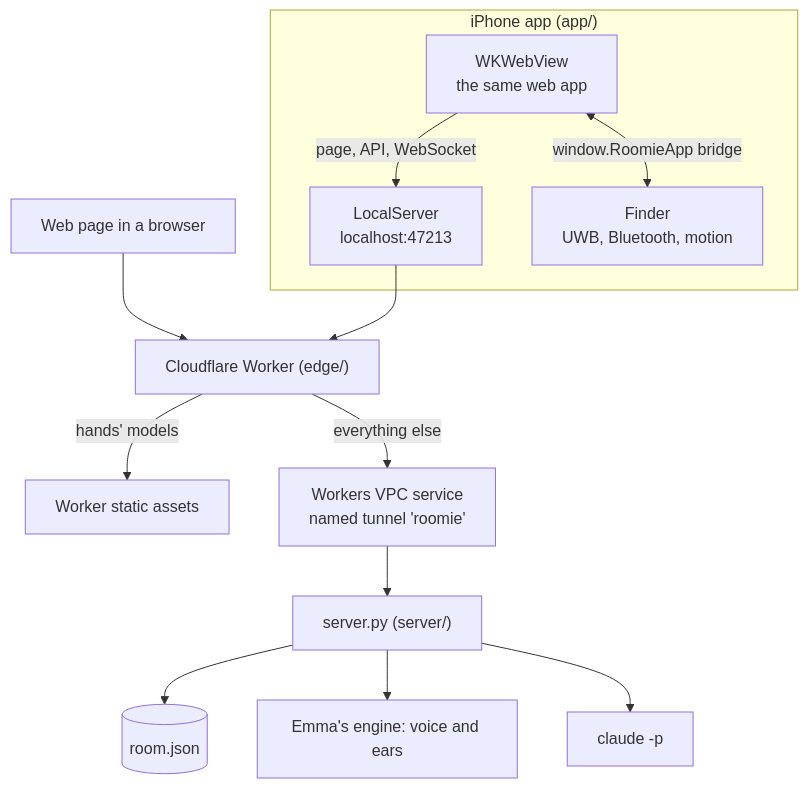
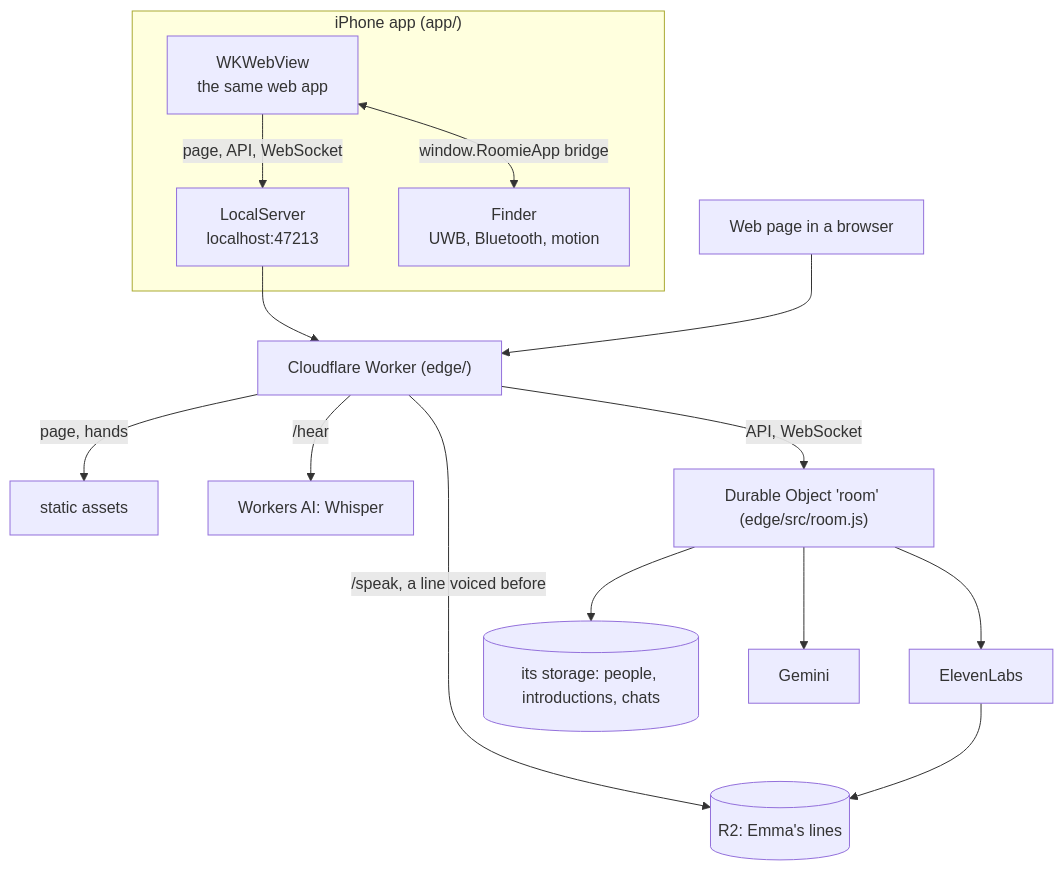
The diagram in docs/architecture.md (xgre1/pairshake), drawn with Mermaid before and after one commit. The commit also changed other lines of this file and 19 other files, not shown here.

First line of the commit message:
Tab bar, rubber-band scrolling, simpler first page; the server moves to Cloudflare

````diff
--- a/docs/architecture.md
+++ b/docs/architecture.md
@@ -5,18 +5,20 @@
 ```mermaid
 flowchart TB
   subgraph Phone["iPhone app (app/)"]
     WV["WKWebView<br/>the same web app"]
     LS["LocalServer<br/>localhost:47213"]
     F["Finder<br/>UWB, Bluetooth, motion"]
     WV -- "page, API, WebSocket" --> LS
     WV <-- "window.RoomieApp bridge" --> F
   end
   Browser["Web page in a browser"] --> W
   LS --> W["Cloudflare Worker (edge/)"]
-  W -- "hands' models" --> EA["Worker static assets"]
-  W -- "everything else" --> T["Workers VPC service<br/>named tunnel 'roomie'"]
-  T --> S["server.py (server/)"]
-  S --> R[("room.json")]
-  S --> TTS["Emma's engine: voice and ears"]
-  S --> LLM["claude -p"]
+  W -- "page, hands" --> EA["static assets"]
+  W -- "/hear" --> AI["Workers AI: Whisper"]
+  W -- "/speak, a line voiced before" --> R2[("R2: Emma's lines")]
+  W -- "API, WebSocket" --> S["Durable Object 'room' (edge/src/room.js)"]
+  S --> ST[("its storage: people, introductions, chats")]
+  S --> LLM["Gemini"]
+  S --> TTS["ElevenLabs"]
+  TTS --> R2
 ```
````
